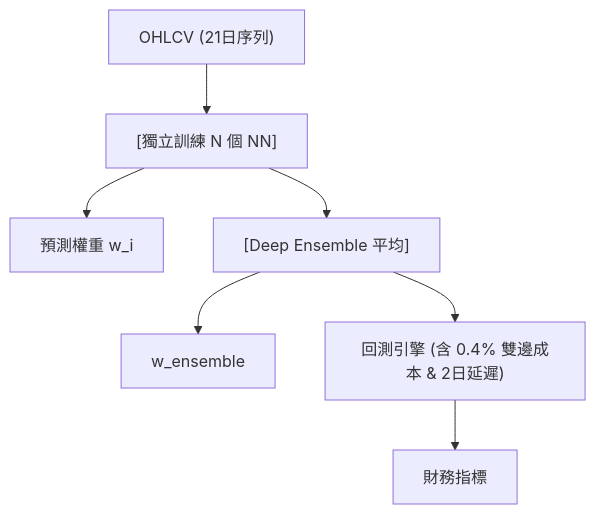
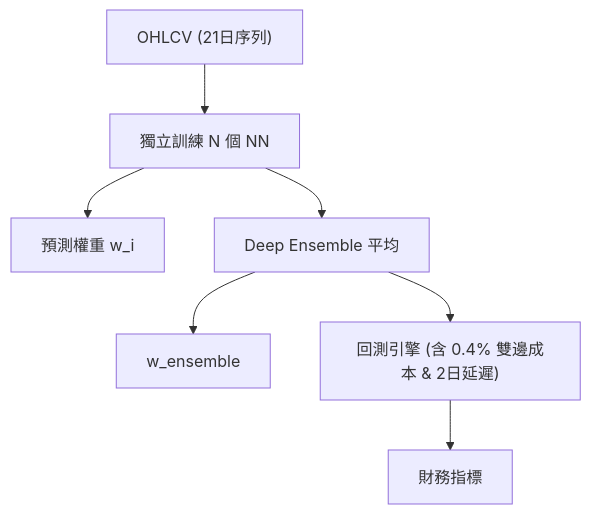
The diagram in foundations/portfolio-optimization/dsl.md (sou350121/Trading-Handbook), drawn with Mermaid before and after one commit. The commit also changed 191 other files, not shown here.

First line of the commit message:
render: fix math + mermaid for GitHub across the corpus (188 pages)

````diff
--- a/foundations/portfolio-optimization/dsl.md
+++ b/foundations/portfolio-optimization/dsl.md
@@ -32,9 +32,9 @@
 ```mermaid
 flowchart TD
-    A["OHLCV (21日序列)"] --> B["[獨立訓練 N 個 NN]"]
+    A["OHLCV (21日序列)"] --> B["獨立訓練 N 個 NN"]
     B --> C["預測權重 w_i"]
-    B --> D["[Deep Ensemble 平均]"]
+    B --> D["Deep Ensemble 平均"]
     D --> E["w_ensemble"]
-    D --> F["回測引擎 (含 0.4% 雙邊成本 & 2日延遲)"]
+    D --> F["回測引擎 (含 0.4% 雙邊成本 &amp; 2日延遲)"]
     F --> G["財務指標"]
 ```
````
